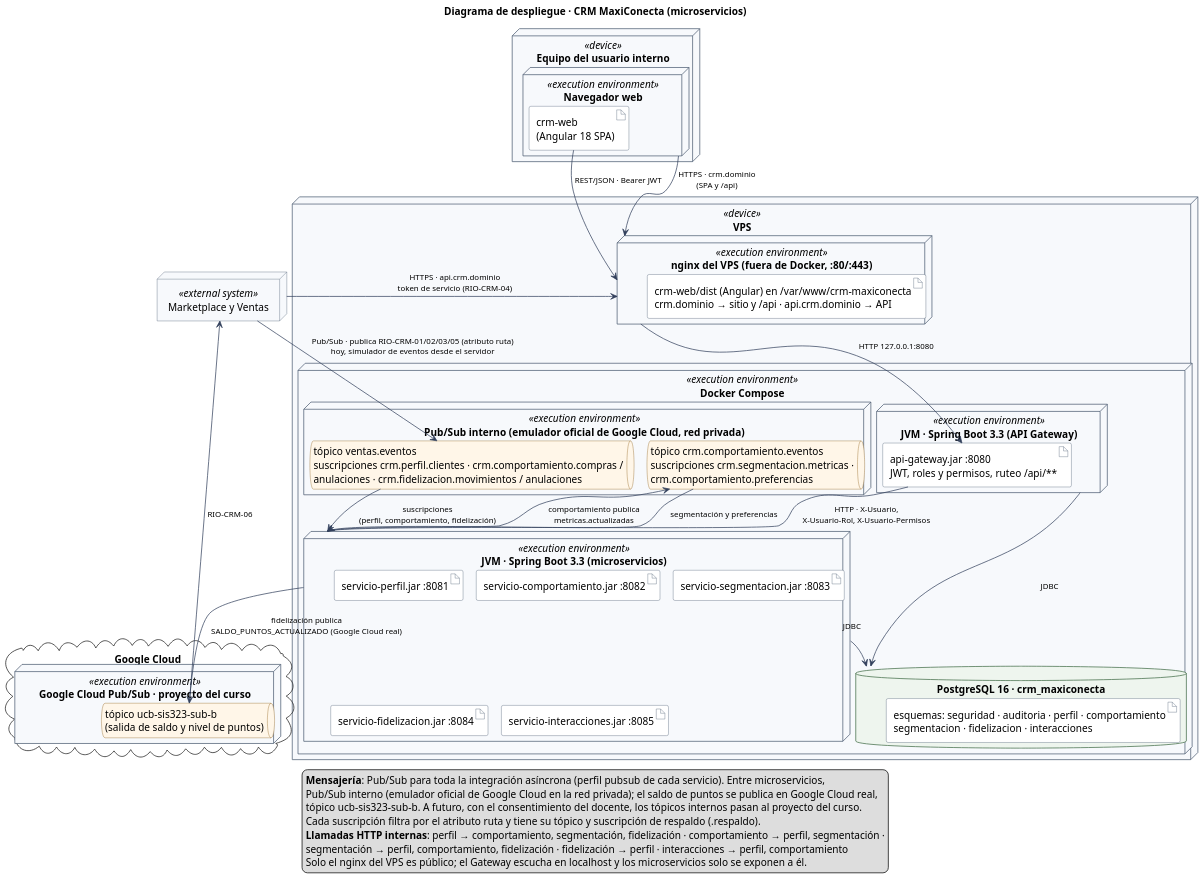
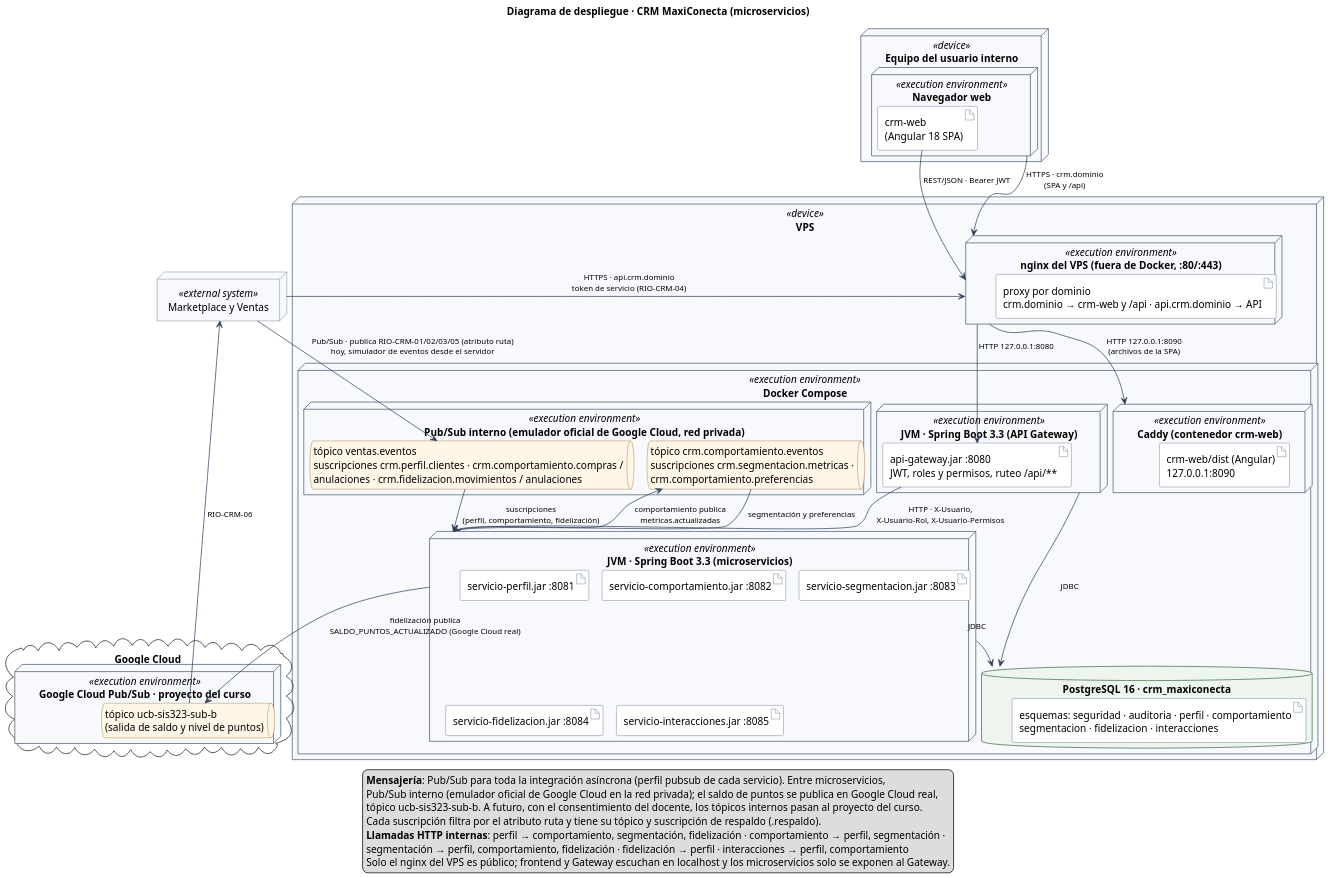
One commit to daniel69zz/equipob-crm changed the diagram in docs/despliegue/diagrama-despliegue.puml. Above: the diagram before and after it, drawn with PlantUML. The commit also changed 1 other file, not shown here.

Commit message:
docs(despliegue): SCRUM-633 actualizar el diagrama de despliegue con el frontend en contenedor

```diff
--- a/docs/despliegue/diagrama-despliegue.puml
+++ b/docs/despliegue/diagrama-despliegue.puml
@@ -1,102 +1,106 @@
 @startuml 00-despliegue-microservicios
 ' Diagrama de despliegue UML del CRM MaxiConecta (Sprint 3).
 ' Fuente: backend/*/src/main/resources/application*.yml, frontend/crm-web/proxy.conf.json,
 ' docs/mensajeria/pubsub.md, docs/seguridad/matriz-permisos.md y las migraciones Flyway.
 !pragma layout smetana
 skinparam dpi 150
 skinparam defaultFontName Helvetica
 skinparam shadowing false
 skinparam nodesep 60
 skinparam ranksep 70
 skinparam node {
   BackgroundColor #F7F9FC
   BorderColor #4A5A70
 }
 skinparam artifact {
   BackgroundColor #FFFFFF
   BorderColor #4A5A70
 }
 skinparam database {
   BackgroundColor #EEF5EE
   BorderColor #3F6B45
 }
 skinparam queue {
   BackgroundColor #FFF6E8
   BorderColor #8A5A12
 }
 skinparam note {
   BackgroundColor #FFFDF2
   BorderColor #B8A86A
 }
 skinparam ArrowColor #33415C
 skinparam ArrowFontSize 11
 
 title Diagrama de despliegue · CRM MaxiConecta (microservicios)
 
 node "Equipo del usuario interno" <<device>> as equipo {
   node "Navegador web" <<execution environment>> as navegador {
     artifact "crm-web\n(Angular 18 SPA)" as spa
   }
 }
 
 
 node "Marketplace y Ventas" <<external system>> as ventas
 
 node "VPS" <<device>> as app {
   node "nginx del VPS (fuera de Docker, :80/:443)" <<execution environment>> as web {
-    artifact "crm-web/dist (Angular) en /var/www/crm-maxiconecta\ncrm.dominio → sitio y /api · api.crm.dominio → API" as dist
+    artifact "proxy por dominio\ncrm.dominio → crm-web y /api · api.crm.dominio → API" as proxy
   }
   node "Docker Compose" <<execution environment>> as compose {
+  node "Caddy (contenedor crm-web)" <<execution environment>> as caddy {
+    artifact "crm-web/dist (Angular)\n127.0.0.1:8090" as dist
+  }
   node "JVM · Spring Boot 3.3 (API Gateway)" <<execution environment>> as jvmgw {
     artifact "api-gateway.jar :8080\nJWT, roles y permisos, ruteo /api/**" as gw
   }
   node "JVM · Spring Boot 3.3 (microservicios)" <<execution environment>> as jvmsvc {
     artifact "servicio-perfil.jar :8081" as perfil
     artifact "servicio-comportamiento.jar :8082" as comp
     artifact "servicio-segmentacion.jar :8083" as seg
     artifact "servicio-fidelizacion.jar :8084" as fid
     artifact "servicio-interacciones.jar :8085" as inter
   }
   node "Pub/Sub interno (emulador oficial de Google Cloud, red privada)" <<execution environment>> as pubsub {
     queue "tópico ventas.eventos\nsuscripciones crm.perfil.clientes · crm.comportamiento.compras /\nanulaciones · crm.fidelizacion.movimientos / anulaciones" as tventas
     queue "tópico crm.comportamiento.eventos\nsuscripciones crm.segmentacion.metricas ·\ncrm.comportamiento.preferencias" as tcrm
   }
   database "PostgreSQL 16 · crm_maxiconecta" as pg {
     artifact "esquemas: seguridad · auditoria · perfil · comportamiento\nsegmentacion · fidelizacion · interacciones" as esquemas
   }
   }
 }
 
 cloud "Google Cloud" as gcp {
   node "Google Cloud Pub/Sub · proyecto del curso" <<execution environment>> as pubsubgcp {
     queue "tópico ucb-sis323-sub-b\n(salida de saldo y nivel de puntos)" as tsalida
   }
 }
 
 
 navegador --> web : HTTPS · crm.dominio\n(SPA y /api)
 spa --> web : REST/JSON · Bearer JWT
 ventas --> web : HTTPS · api.crm.dominio\ntoken de servicio (RIO-CRM-04)
+web --> caddy : HTTP 127.0.0.1:8090\n(archivos de la SPA)
 web --> gw : HTTP 127.0.0.1:8080
 gw --> jvmsvc : HTTP · X-Usuario,\nX-Usuario-Rol, X-Usuario-Permisos
 
 ventas --> tventas : Pub/Sub · publica RIO-CRM-01/02/03/05 (atributo ruta)\nhoy, simulador de eventos desde el servidor
 tventas --> jvmsvc : suscripciones\n(perfil, comportamiento, fidelización)
 jvmsvc --> tcrm : comportamiento publica\nmetricas.actualizadas
 tcrm --> jvmsvc : segmentación y preferencias
 jvmsvc --> tsalida : fidelización publica\nSALDO_PUNTOS_ACTUALIZADO (Google Cloud real)
 tsalida --> ventas : RIO-CRM-06
 
 jvmgw --> pg : JDBC
 jvmsvc --> pg : JDBC
 
 legend bottom
   <b>Mensajería</b>: Pub/Sub para toda la integración asíncrona (perfil pubsub de cada servicio). Entre microservicios,
   Pub/Sub interno (emulador oficial de Google Cloud en la red privada); el saldo de puntos se publica en Google Cloud real,
   tópico ucb-sis323-sub-b. A futuro, con el consentimiento del docente, los tópicos internos pasan al proyecto del curso.
   Cada suscripción filtra por el atributo ruta y tiene su tópico y suscripción de respaldo (.respaldo).
   <b>Llamadas HTTP internas</b>: perfil → comportamiento, segmentación, fidelización · comportamiento → perfil, segmentación ·
   segmentación → perfil, comportamiento, fidelización · fidelización → perfil · interacciones → perfil, comportamiento
-  Solo el nginx del VPS es público; el Gateway escucha en localhost y los microservicios solo se exponen a él.
+  Solo el nginx del VPS es público; frontend y Gateway escuchan en localhost y los microservicios solo se exponen al Gateway.
 endlegend
 @enduml
```
